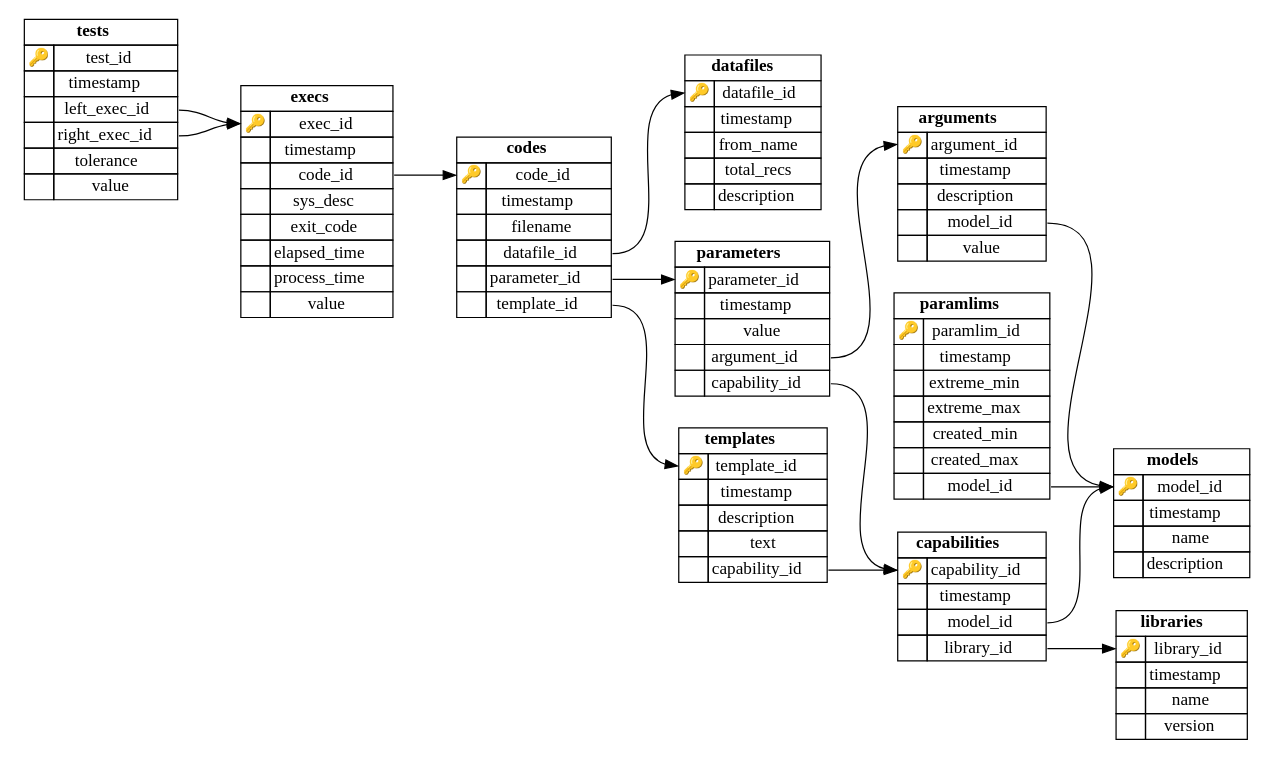
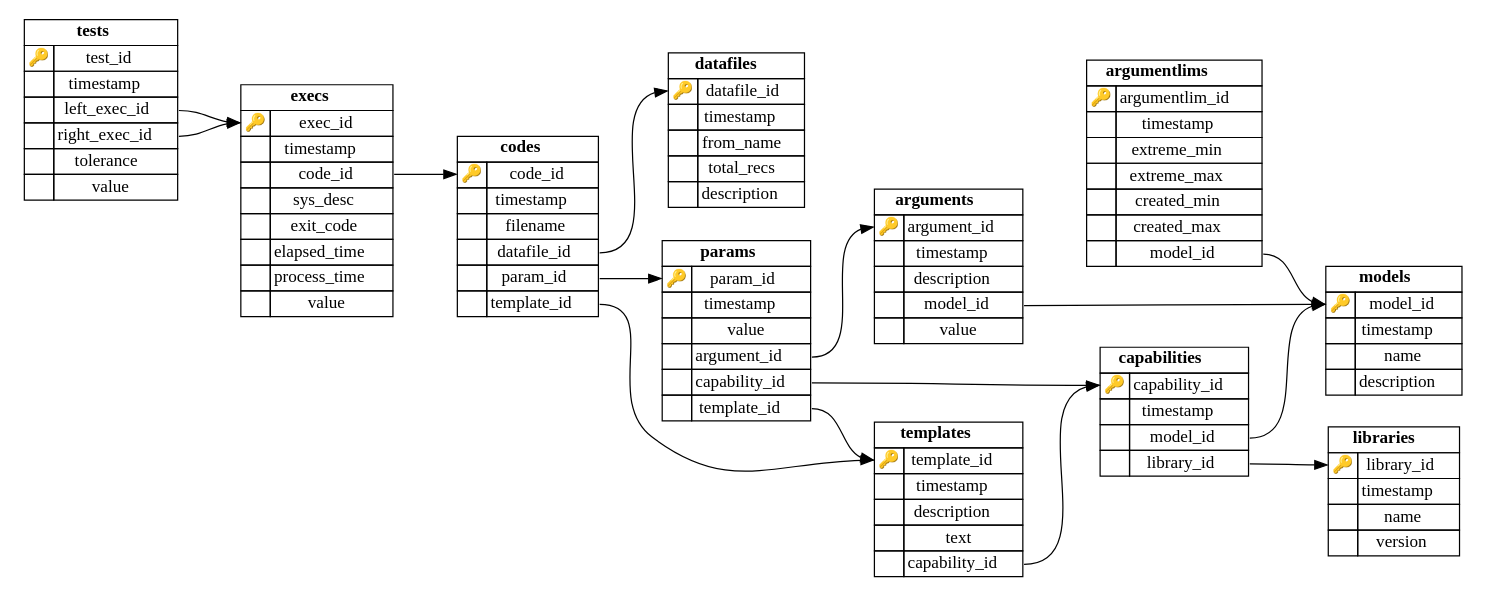
Before and after one commit to hgfernan/ctsa: the diagram in doc/img/schema.dot, drawn with Graphviz. The commit also changed 5 other files, not shown here.

```diff
--- a/doc/img/schema.dot
+++ b/doc/img/schema.dot
@@ -7,6 +7,56 @@
 
 node [shape=none]
 
+argumentlims [label=<
+            <TABLE BORDER="0" CELLSPACING="0" CELLBORDER="1">
+                <TR>
+                    <TD COLSPAN="2"><B>argumentlims</B></TD>
+                </TR>
+            
+                <TR>
+                    <TD PORT="argumentlim_id_to">🔑</TD>
+                    <TD PORT="argumentlim_id_from">argumentlim_id</TD>
+                </TR>
+            
+
+                <TR>
+                    <TD PORT="timestamp_to">&nbsp;</TD>
+                    <TD PORT="timestamp_from">timestamp</TD>
+                </TR>
+            
+
+                <TR>
+                    <TD PORT="extreme_min_to">&nbsp;</TD>
+                    <TD PORT="extreme_min_from">extreme_min</TD>
+                </TR>
+            
+
+                <TR>
+                    <TD PORT="extreme_max_to">&nbsp;</TD>
+                    <TD PORT="extreme_max_from">extreme_max</TD>
+                </TR>
+            
+
+                <TR>
+                    <TD PORT="created_min_to">&nbsp;</TD>
+                    <TD PORT="created_min_from">created_min</TD>
+                </TR>
+            
+
+                <TR>
+                    <TD PORT="created_max_to">&nbsp;</TD>
+                    <TD PORT="created_max_from">created_max</TD>
+                </TR>
+            
+
+                <TR>
+                    <TD PORT="model_id_to">&nbsp;</TD>
+                    <TD PORT="model_id_from">model_id</TD>
+                </TR>
+            
+            </TABLE>
+        >];
+        
 arguments [label=<
             <TABLE BORDER="0" CELLSPACING="0" CELLBORDER="1">
                 <TR>
@@ -108,8 +158,8 @@
             
 
                 <TR>
-                    <TD PORT="parameter_id_to">&nbsp;</TD>
-                    <TD PORT="parameter_id_from">parameter_id</TD>
+                    <TD PORT="param_id_to">&nbsp;</TD>
+                    <TD PORT="param_id_from">param_id</TD>
                 </TR>
             
 
@@ -279,15 +329,15 @@
             </TABLE>
         >];
         
-parameters [label=<
+params [label=<
             <TABLE BORDER="0" CELLSPACING="0" CELLBORDER="1">
                 <TR>
-                    <TD COLSPAN="2"><B>parameters</B></TD>
+                    <TD COLSPAN="2"><B>params</B></TD>
                 </TR>
             
                 <TR>
-                    <TD PORT="parameter_id_to">🔑</TD>
-                    <TD PORT="parameter_id_from">parameter_id</TD>
+                    <TD PORT="param_id_to">🔑</TD>
+                    <TD PORT="param_id_from">param_id</TD>
                 </TR>
             
 
@@ -314,54 +364,10 @@
                     <TD PORT="capability_id_from">capability_id</TD>
                 </TR>
             
-            </TABLE>
-        >];
-        
-paramlims [label=<
-            <TABLE BORDER="0" CELLSPACING="0" CELLBORDER="1">
-                <TR>
-                    <TD COLSPAN="2"><B>paramlims</B></TD>
-                </TR>
-            
-                <TR>
-                    <TD PORT="paramlim_id_to">🔑</TD>
-                    <TD PORT="paramlim_id_from">paramlim_id</TD>
-                </TR>
-            
 
                 <TR>
-                    <TD PORT="timestamp_to">&nbsp;</TD>
-                    <TD PORT="timestamp_from">timestamp</TD>
-                </TR>
-            
-
-                <TR>
-                    <TD PORT="extreme_min_to">&nbsp;</TD>
-                    <TD PORT="extreme_min_from">extreme_min</TD>
-                </TR>
-            
-
-                <TR>
-                    <TD PORT="extreme_max_to">&nbsp;</TD>
-                    <TD PORT="extreme_max_from">extreme_max</TD>
-                </TR>
-            
-
-                <TR>
-                    <TD PORT="created_min_to">&nbsp;</TD>
-                    <TD PORT="created_min_from">created_min</TD>
-                </TR>
-            
-
-                <TR>
-                    <TD PORT="created_max_to">&nbsp;</TD>
-                    <TD PORT="created_max_from">created_max</TD>
-                </TR>
-            
-
-                <TR>
-                    <TD PORT="model_id_to">&nbsp;</TD>
-                    <TD PORT="model_id_from">model_id</TD>
+                    <TD PORT="template_id_to">&nbsp;</TD>
+                    <TD PORT="template_id_from">template_id</TD>
                 </TR>
             
             </TABLE>
@@ -449,15 +455,16 @@
             </TABLE>
         >];
         
-parameters:capability_id_from:e -> capabilities:capability_id_to:w
-parameters:argument_id_from:e -> arguments:argument_id_to:w
+params:template_id_from:e -> templates:template_id_to:w
+params:capability_id_from:e -> capabilities:capability_id_to:w
+params:argument_id_from:e -> arguments:argument_id_to:w
 templates:capability_id_from:e -> capabilities:capability_id_to:w
 arguments:model_id_from:e -> models:model_id_to:w
 capabilities:library_id_from:e -> libraries:library_id_to:w
 capabilities:model_id_from:e -> models:model_id_to:w
-paramlims:model_id_from:e -> models:model_id_to:w
+argumentlims:model_id_from:e -> models:model_id_to:w
 codes:template_id_from:e -> templates:template_id_to:w
-codes:parameter_id_from:e -> parameters:parameter_id_to:w
+codes:param_id_from:e -> params:param_id_to:w
 codes:datafile_id_from:e -> datafiles:datafile_id_to:w
 execs:code_id_from:e -> codes:code_id_to:w
 tests:right_exec_id_from:e -> execs:exec_id_to:w
```
